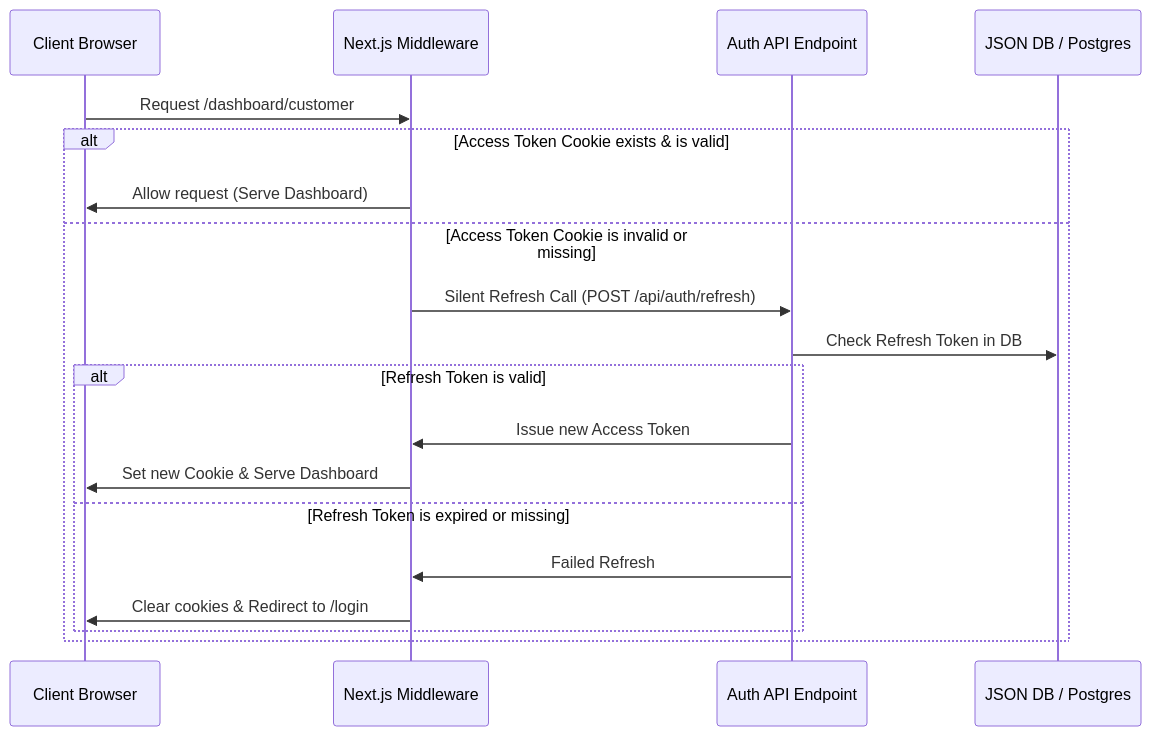
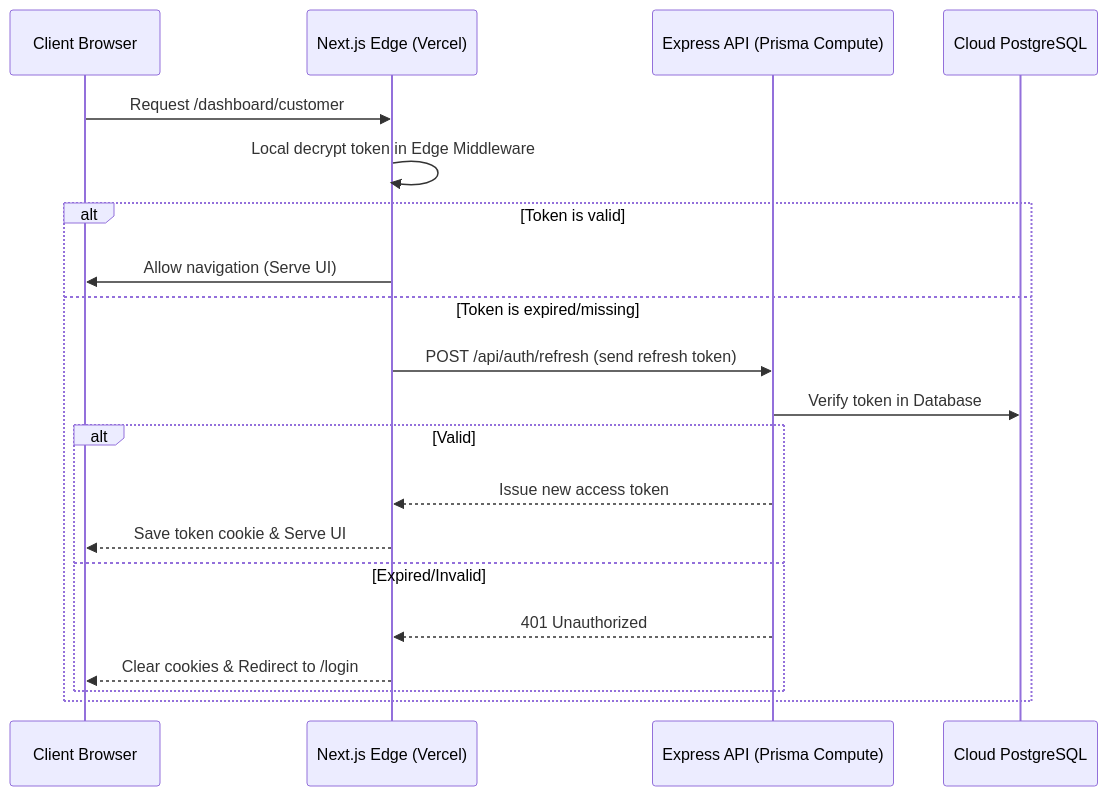
One commit to Yashu2084/ApnaDoodh changed the diagram in architecture.md. Above: the diagram before and after it, drawn with Mermaid. The commit also changed other lines of this file and 70 other files, not shown here.

````diff
--- a/architecture.md
+++ b/architecture.md
@@ -52,22 +96,23 @@
 ```mermaid
 sequenceDiagram
-    participant User as Client Browser
-    participant MW as Next.js Middleware
-    participant API as Auth API Endpoint
-    participant DB as JSON DB / Postgres
+    participant Browser as Client Browser
+    participant Vercel as Next.js Edge (Vercel)
+    participant Express as Express API (Prisma Compute)
+    participant DB as Cloud PostgreSQL
 
-    User->>MW: Request /dashboard/customer
-    alt Access Token Cookie exists & is valid
-        MW->>User: Allow request (Serve Dashboard)
-    else Access Token Cookie is invalid or missing
-        MW->>API: Silent Refresh Call (POST /api/auth/refresh)
-        API->>DB: Check Refresh Token in DB
-        alt Refresh Token is valid
-            API->>MW: Issue new Access Token
-            MW->>User: Set new Cookie & Serve Dashboard
-        else Refresh Token is expired or missing
-            API->>MW: Failed Refresh
-            MW->>User: Clear cookies & Redirect to /login
+    Browser->>Vercel: Request /dashboard/customer
+    Vercel->>Vercel: Local decrypt token in Edge Middleware
+    alt Token is valid
+        Vercel->>Browser: Allow navigation (Serve UI)
+    else Token is expired/missing
+        Vercel->>Express: POST /api/auth/refresh (send refresh token)
+        Express->>DB: Verify token in Database
+        alt Valid
+            Express-->>Vercel: Issue new access token
+            Vercel-->>Browser: Save token cookie & Serve UI
+        else Expired/Invalid
+            Express-->>Vercel: 401 Unauthorized
+            Vercel-->>Browser: Clear cookies & Redirect to /login
         end
     end
 ```
````
